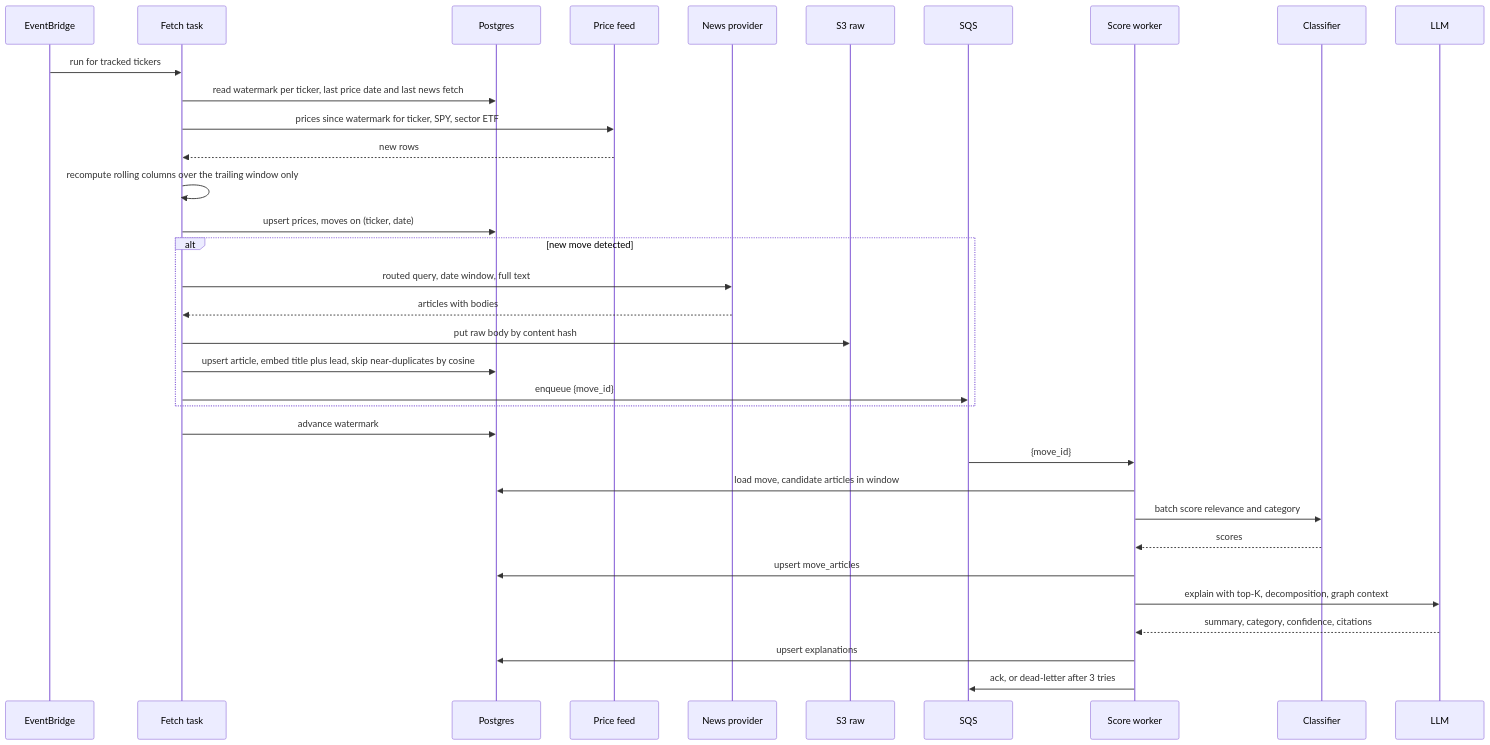
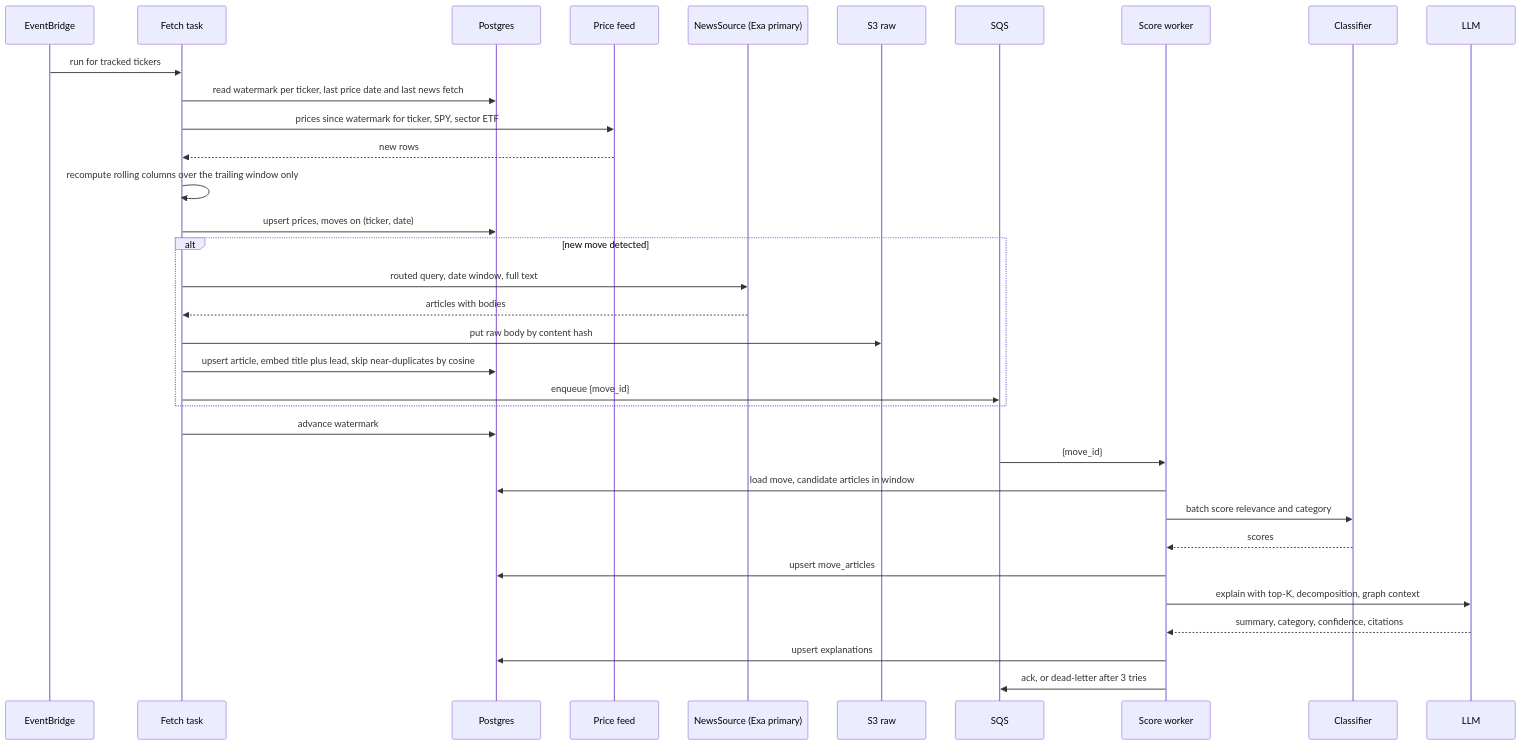
The second of 2 diagrams in docs/architecture-v2.md (nathesh/TNP_stock_move_explainer), drawn with Mermaid before and after one commit. The commit also changed other lines of this file and 3 other files, not shown here.

Commit message:
Architecture docs v1/v2, v1 plan and task DAG

````diff
--- a/docs/architecture-v2.md
+++ b/docs/architecture-v2.md
@@ -75,37 +79,37 @@
 ```mermaid
 sequenceDiagram
   participant EB as EventBridge
   participant F as Fetch task
   participant PG as Postgres
   participant PX as Price feed
-  participant N as News provider
+  participant N as NewsSource (Exa primary)
   participant S3 as S3 raw
   participant Q as SQS
   participant W as Score worker
   participant C as Classifier
   participant L as LLM
 
   EB->>F: run for tracked tickers
   F->>PG: read watermark per ticker, last price date and last news fetch
   F->>PX: prices since watermark for ticker, SPY, sector ETF
   PX-->>F: new rows
   F->>F: recompute rolling columns over the trailing window only
   F->>PG: upsert prices, moves on (ticker, date)
   alt new move detected
     F->>N: routed query, date window, full text
     N-->>F: articles with bodies
     F->>S3: put raw body by content hash
     F->>PG: upsert article, embed title plus lead, skip near-duplicates by cosine
     F->>Q: enqueue {move_id}
   end
   F->>PG: advance watermark
   Q->>W: {move_id}
   W->>PG: load move, candidate articles in window
   W->>C: batch score relevance and category
   C-->>W: scores
   W->>PG: upsert move_articles
   W->>L: explain with top-K, decomposition, graph context
   L-->>W: summary, category, confidence, citations
   W->>PG: upsert explanations
   W->>Q: ack, or dead-letter after 3 tries
 ```
````
